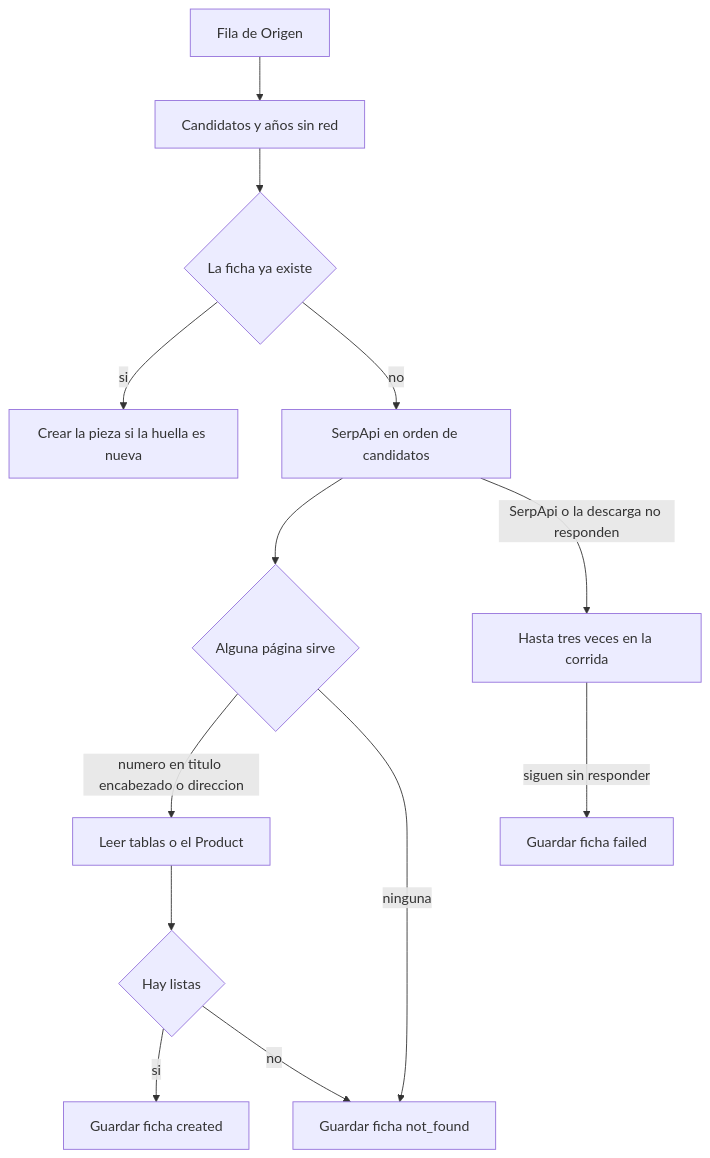
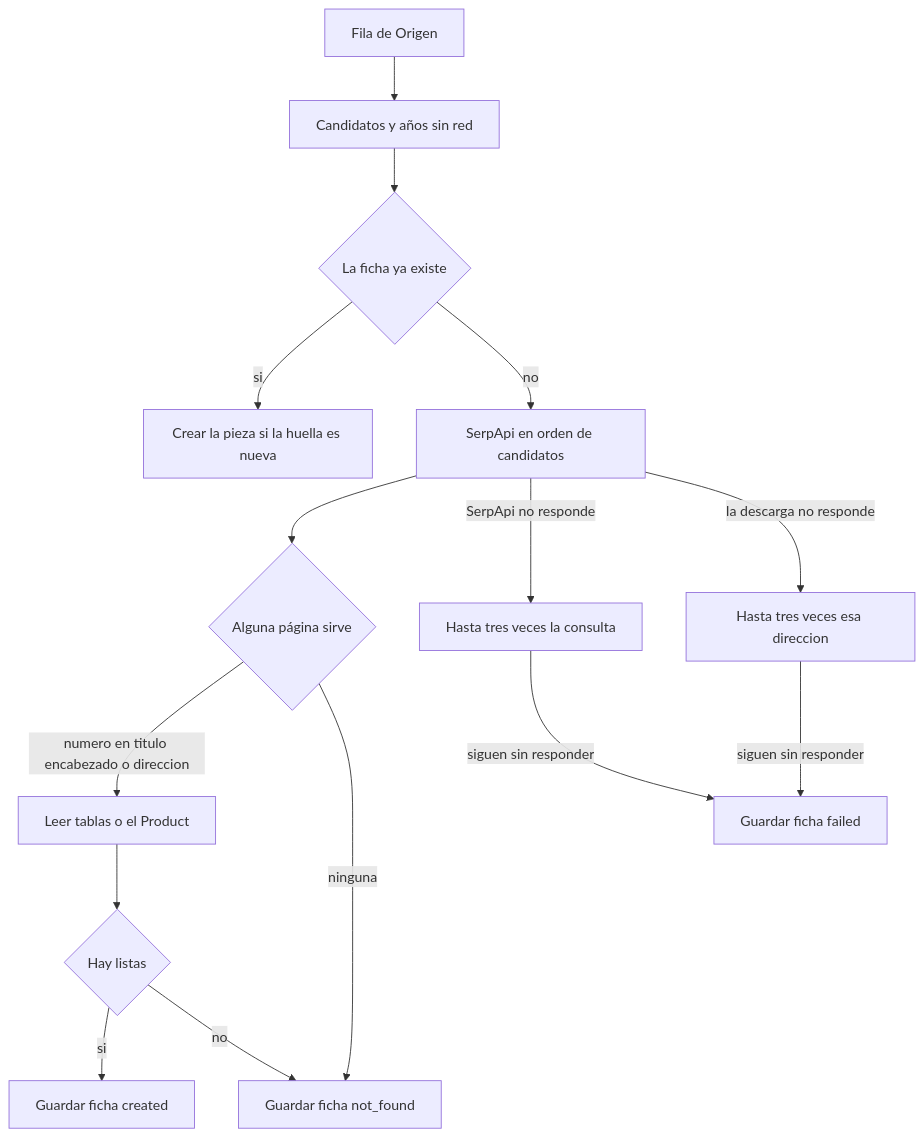
The diagram in docs/busqueda-de-similes.md (MrCesar107/bonaparte-test-app), drawn with Mermaid before and after one commit. The commit also changed other lines of this file and 11 other files, not shown here.

Commit message:
Reduce impact for SerpApi and OpenAI APIs

````diff
--- a/docs/busqueda-de-similes.md
+++ b/docs/busqueda-de-similes.md
@@ -9,15 +9,17 @@
 ```mermaid
 flowchart TD
   row[Fila de Origen] --> local[Candidatos y años sin red]
   local --> saved{La ficha ya existe}
   saved -->|si| part[Crear la pieza si la huella es nueva]
   saved -->|no| search[SerpApi en orden de candidatos]
   search --> page{Alguna página sirve}
   page -->|numero en titulo encabezado o direccion| read[Leer tablas o el Product]
   read --> lists{Hay listas}
   lists -->|si| store[Guardar ficha created]
   lists -->|no| missing[Guardar ficha not_found]
   page -->|ninguna| missing
-  search -->|SerpApi o la descarga no responden| retry[Hasta tres veces en la corrida]
+  search -->|SerpApi no responde| retry[Hasta tres veces la consulta]
+  search -->|la descarga no responde| fetch[Hasta tres veces esa direccion]
   retry -->|siguen sin responder| failed[Guardar ficha failed]
+  fetch -->|siguen sin responder| failed
 ```
````
